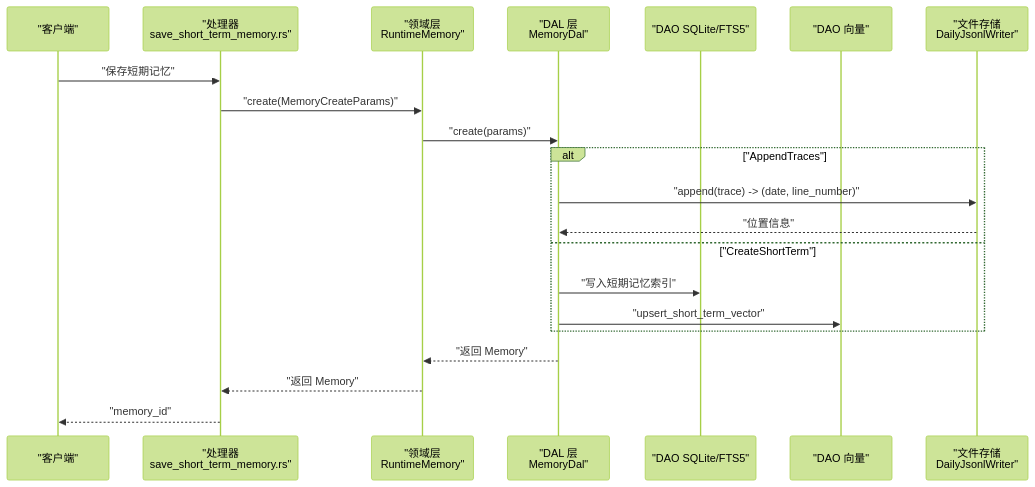
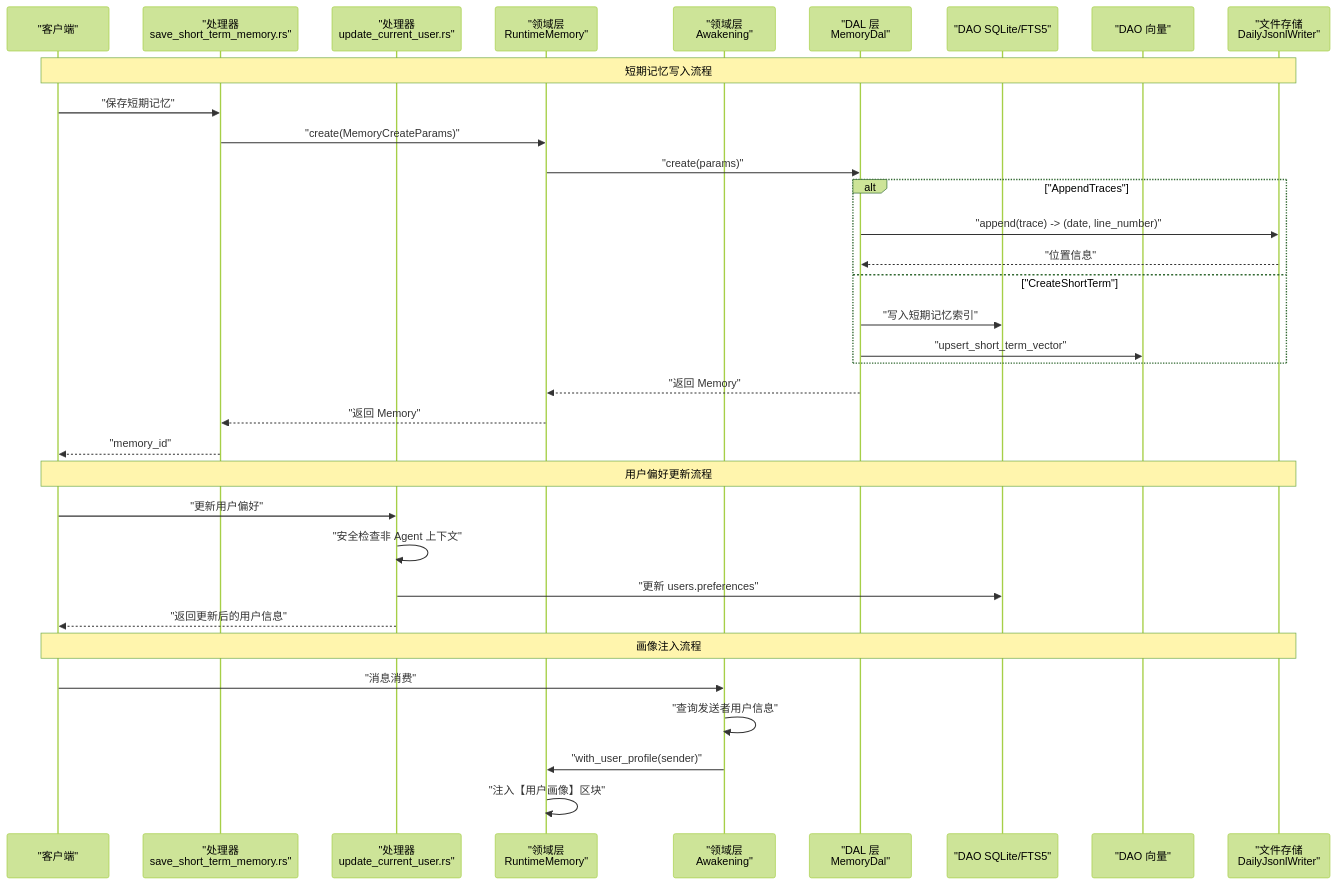
The second of 6 diagrams in .qoder/repowiki/zh/content/架构设计/记忆系统架构.md (runningcoders/ai_orz), drawn with Mermaid (forest theme) before and after one commit. The commit also changed other lines of this file and 5 other files, not shown here.

````diff
--- a/.qoder/repowiki/zh/content/架构设计/记忆系统架构.md
+++ b/.qoder/repowiki/zh/content/架构设计/记忆系统架构.md
@@ -122,23 +136,36 @@
 ```mermaid
 sequenceDiagram
 participant C as "客户端"
 participant H as "处理器<br/>save_short_term_memory.rs"
+participant U as "处理器<br/>update_current_user.rs"
 participant R as "领域层<br/>RuntimeMemory"
+participant A as "领域层<br/>Awakening"
 participant D as "DAL 层<br/>MemoryDal"
 participant S as "DAO SQLite/FTS5"
 participant V as "DAO 向量"
 participant F as "文件存储<br/>DailyJsonlWriter"
+Note over C,F : 短期记忆写入流程
 C->>H : "保存短期记忆"
 H->>R : "create(MemoryCreateParams)"
 R->>D : "create(params)"
 alt "AppendTraces"
 D->>F : "append(trace) -> (date, line_number)"
 F-->>D : "位置信息"
 else "CreateShortTerm"
 D->>S : "写入短期记忆索引"
 D->>V : "upsert_short_term_vector"
 end
 D-->>R : "返回 Memory"
 R-->>H : "返回 Memory"
 H-->>C : "memory_id"
+Note over C,F : 用户偏好更新流程
+C->>U : "更新用户偏好"
+U->>U : "安全检查非 Agent 上下文"
+U->>S : "更新 users.preferences"
+U-->>C : "返回更新后的用户信息"
+Note over C,F : 画像注入流程
+C->>A : "消息消费"
+A->>A : "查询发送者用户信息"
+A->>R : "with_user_profile(sender)"
+R->>R : "注入【用户画像】区块"
 ```
````
